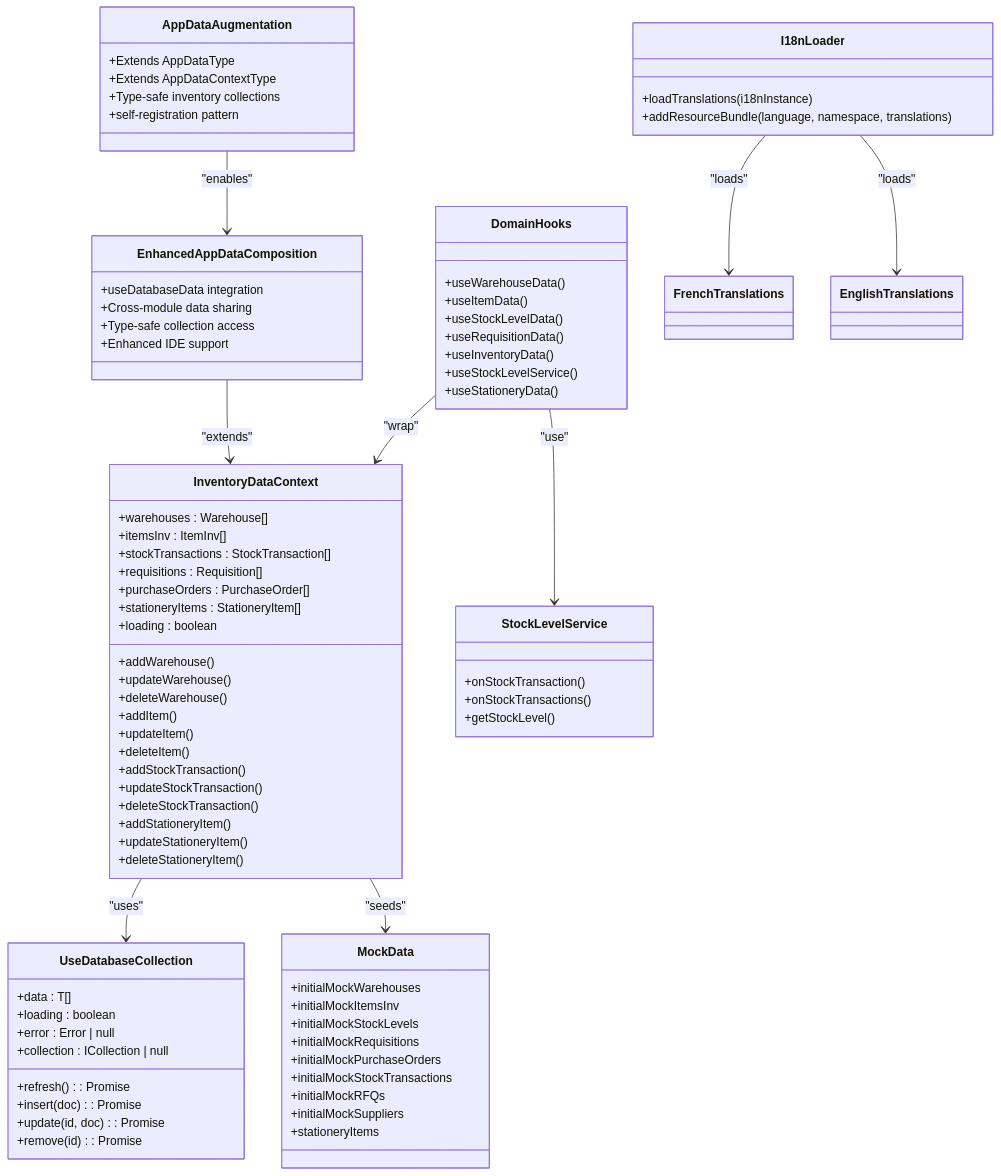
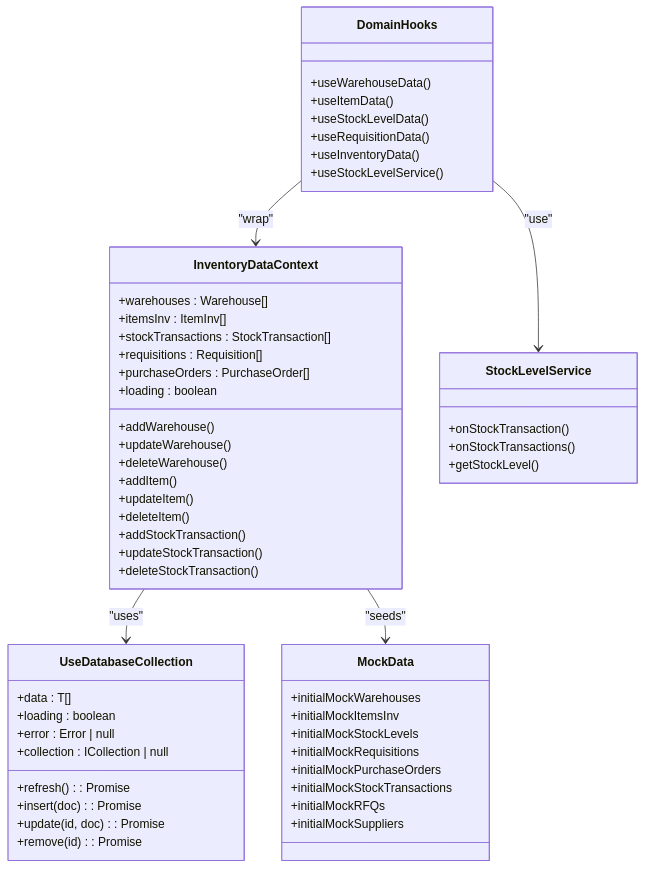
Before and after one commit to geniusdynamics/schoolpilot: the eighth of 9 diagrams in .qoder/repowiki/en/content/Modules System/Inventory Module.md, drawn with Mermaid. The commit also changed other lines of this file and 311 other files, not shown here.

````diff
--- a/.qoder/repowiki/en/content/Modules System/Inventory Module.md
+++ b/.qoder/repowiki/en/content/Modules System/Inventory Module.md
@@ -1040,7 +756,6 @@
 +stockTransactions : StockTransaction[]
 +requisitions : Requisition[]
 +purchaseOrders : PurchaseOrder[]
-+stationeryItems : StationeryItem[]
 +loading : boolean
 +addWarehouse()
 +updateWarehouse()
@@ -1051,9 +766,6 @@
 +addStockTransaction()
 +updateStockTransaction()
 +deleteStockTransaction()
-+addStationeryItem()
-+updateStationeryItem()
-+deleteStationeryItem()
 }
 class StockLevelService {
 +onStockTransaction()
@@ -1077,7 +789,6 @@
 +useRequisitionData()
 +useInventoryData()
 +useStockLevelService()
-+useStationeryData()
 }
 class MockData {
 +initialMockWarehouses
@@ -1088,30 +799,9 @@
 +initialMockStockTransactions
 +initialMockRFQs
 +initialMockSuppliers
-+stationeryItems
-}
-class I18nLoader {
-+loadTranslations(i18nInstance)
-+addResourceBundle(language, namespace, translations)
-}
-class AppDataAugmentation {
-+Extends AppDataType
-+Extends AppDataContextType
-+Type-safe inventory collections
-+self-registration pattern
-}
-class EnhancedAppDataComposition {
-+useDatabaseData integration
-+Cross-module data sharing
-+Type-safe collection access
-+Enhanced IDE support
 }
 InventoryDataContext --> UseDatabaseCollection : "uses"
 InventoryDataContext --> MockData : "seeds"
 DomainHooks --> InventoryDataContext : "wrap"
 DomainHooks --> StockLevelService : "use"
-I18nLoader --> FrenchTranslations : "loads"
-I18nLoader --> EnglishTranslations : "loads"
-AppDataAugmentation --> EnhancedAppDataComposition : "enables"
-EnhancedAppDataComposition --> InventoryDataContext : "extends"
 ```
````
